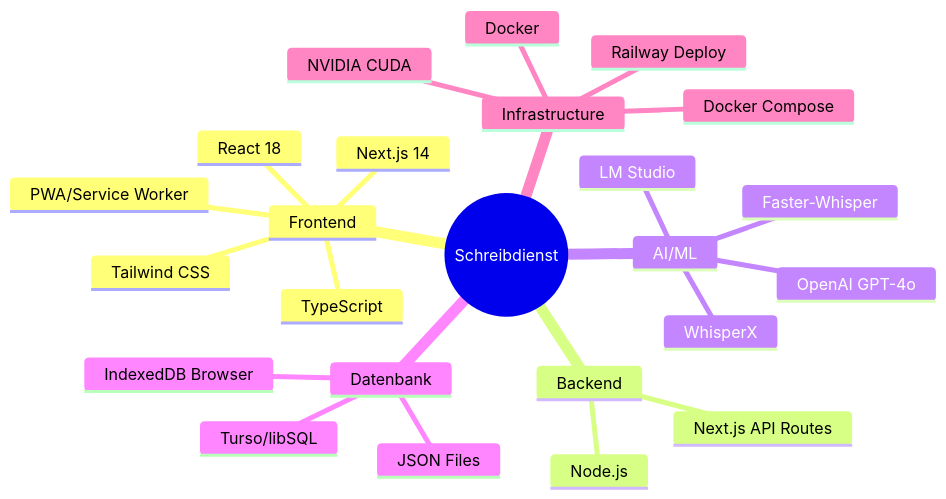
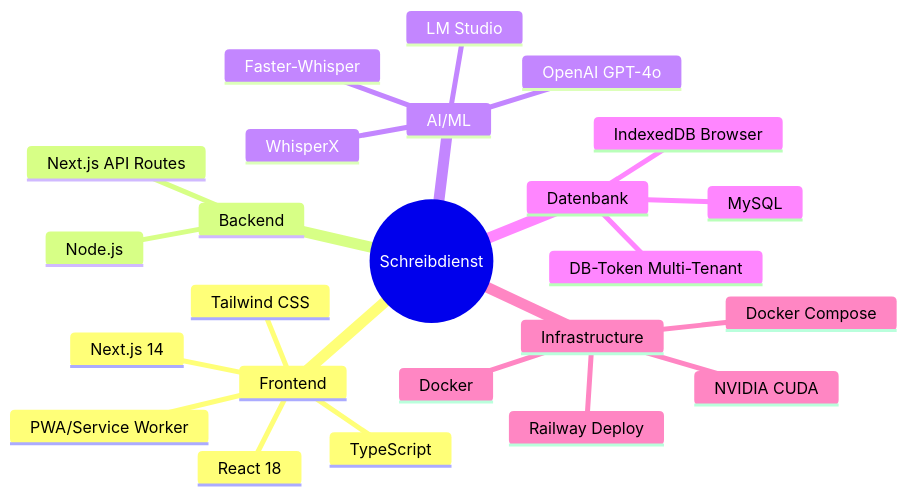
One commit to andreasknopke/Schreibdienst changed diagram 13 of 15 in ARCHITECTURE.md. Above: the diagram before and after it, drawn with Mermaid. The commit also changed other lines of this file and 2 other files, not shown here.

````diff
--- a/ARCHITECTURE.md
+++ b/ARCHITECTURE.md
@@ -329,27 +594,27 @@
 ```mermaid
 mindmap
   root((Schreibdienst))
     Frontend
       Next.js 14
       React 18
       TypeScript
       Tailwind CSS
       PWA/Service Worker
     Backend
       Next.js API Routes
       Node.js
     AI/ML
       WhisperX
       Faster-Whisper
       OpenAI GPT-4o
       LM Studio
     Datenbank
-      JSON Files
-      Turso/libSQL
+      MySQL
+      DB-Token Multi-Tenant
       IndexedDB Browser
     Infrastructure
       Docker
       Docker Compose
       NVIDIA CUDA
       Railway Deploy
 ```
````
